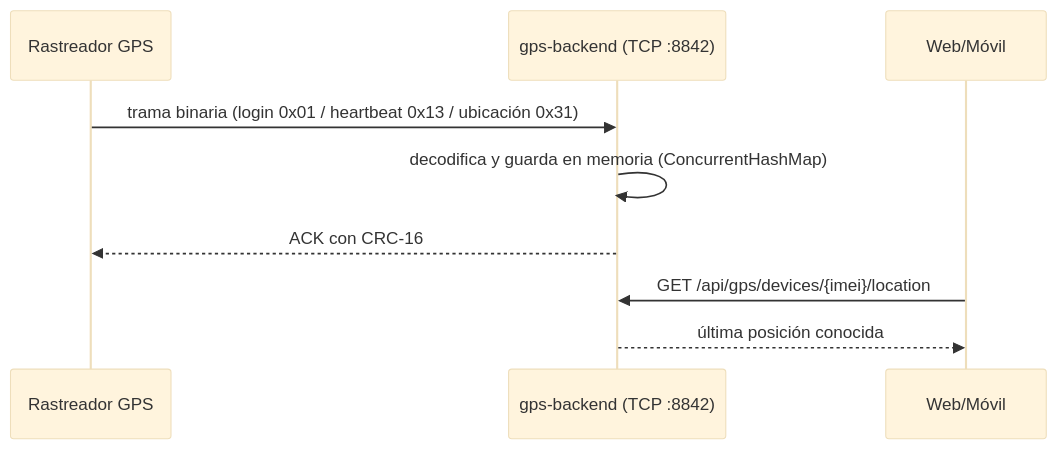
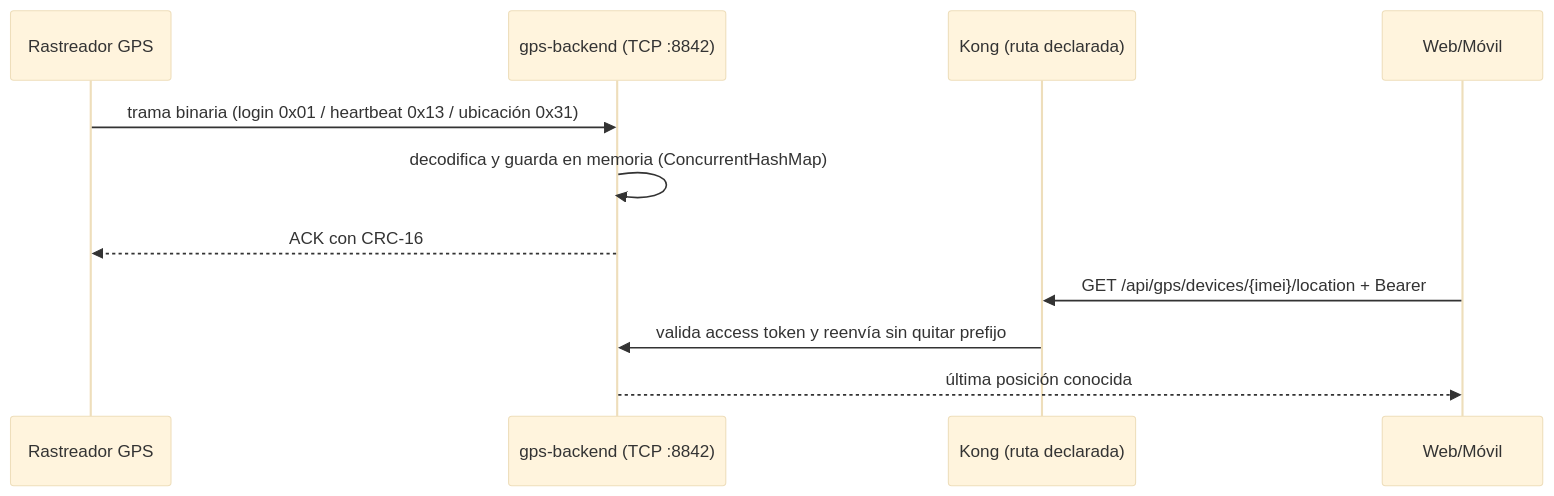
One commit to school-guardian-project/sg-documentation changed the eighth of 12 diagrams in Manuales/es/Manual-Tecnico-Guardian-Escolar.md. Above: the diagram before and after it, drawn with Mermaid (base theme). The commit also changed other lines of this file and 1 other file, not shown here.

````diff
--- a/Manuales/es/Manual-Tecnico-Guardian-Escolar.md
+++ b/Manuales/es/Manual-Tecnico-Guardian-Escolar.md
@@ -463,11 +457,13 @@
 ```mermaid
 sequenceDiagram
     participant Dev as Rastreador GPS
     participant GPS as gps-backend (TCP :8842)
+    participant K as Kong (ruta declarada)
     participant Cli as Web/Móvil
     Dev->>GPS: trama binaria (login 0x01 / heartbeat 0x13 / ubicación 0x31)
     GPS->>GPS: decodifica y guarda en memoria (ConcurrentHashMap)
     GPS-->>Dev: ACK con CRC-16
-    Cli->>GPS: GET /api/gps/devices/{imei}/location
+    Cli->>K: GET /api/gps/devices/{imei}/location + Bearer
+    K->>GPS: valida access token y reenvía sin quitar prefijo
     GPS-->>Cli: última posición conocida
 ```
````
